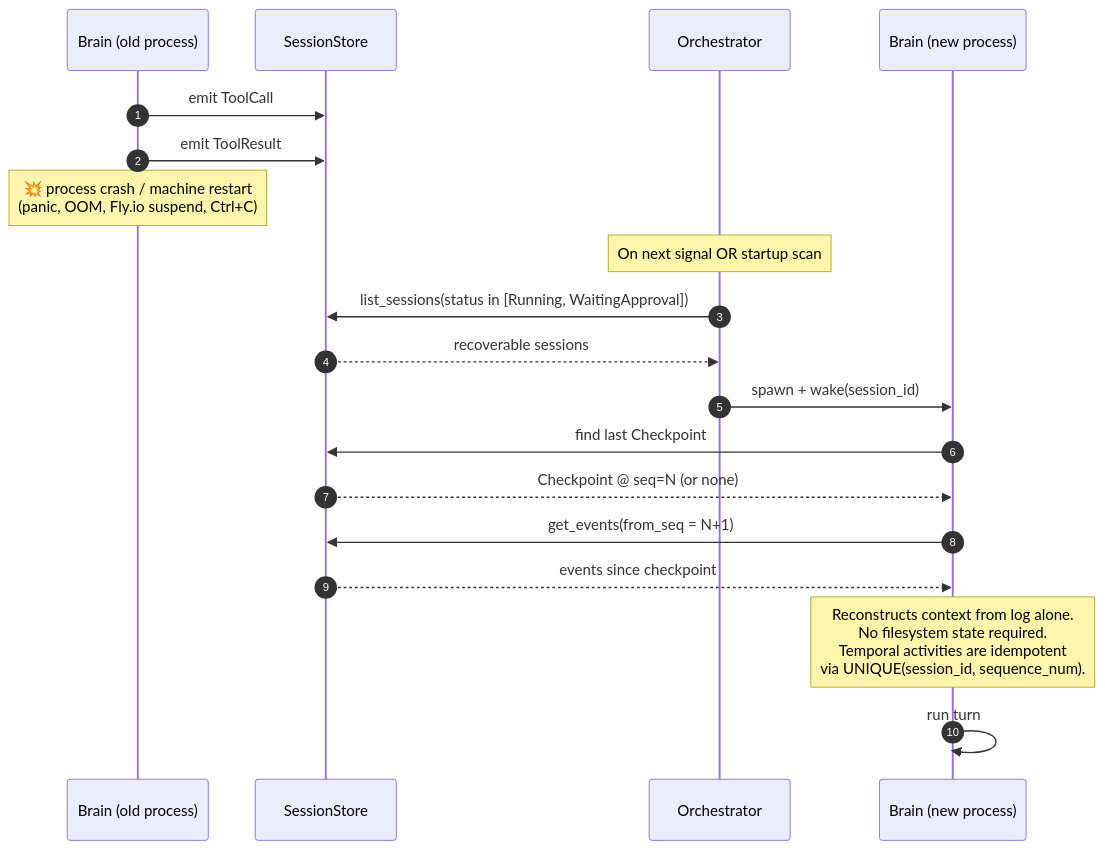
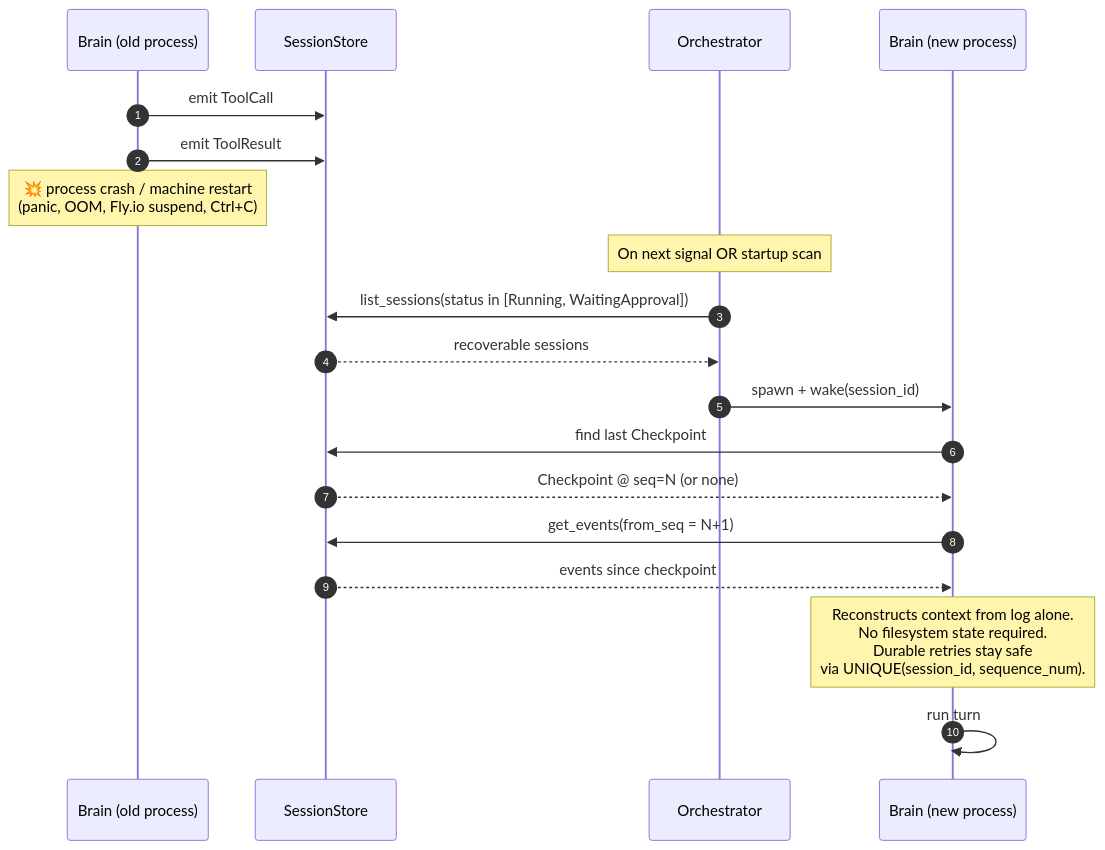
Before and after one commit to hwuiwon/moa: the eighth of 14 diagrams in sequence-diagrams.md, drawn with Mermaid. The commit also changed other lines of this file and 314 other files, not shown here.

````diff
--- a/sequence-diagrams.md
+++ b/sequence-diagrams.md
@@ -374,26 +374,26 @@
 ```mermaid
 sequenceDiagram
     autonumber
     participant OldBrain as Brain (old process)
     participant Log as SessionStore
     participant Orch as Orchestrator
     participant NewBrain as Brain (new process)
 
     OldBrain->>Log: emit ToolCall
     OldBrain->>Log: emit ToolResult
     Note over OldBrain: 💥 process crash / machine restart<br/>(panic, OOM, Fly.io suspend, Ctrl+C)
 
     Note over Orch: On next signal OR startup scan
     Orch->>Log: list_sessions(status in [Running, WaitingApproval])
     Log-->>Orch: recoverable sessions
 
     Orch->>NewBrain: spawn + wake(session_id)
     NewBrain->>Log: find last Checkpoint
     Log-->>NewBrain: Checkpoint @ seq=N (or none)
     NewBrain->>Log: get_events(from_seq = N+1)
     Log-->>NewBrain: events since checkpoint
 
-    Note over NewBrain: Reconstructs context from log alone.<br/>No filesystem state required.<br/>Temporal activities are idempotent<br/>via UNIQUE(session_id, sequence_num).
+    Note over NewBrain: Reconstructs context from log alone.<br/>No filesystem state required.<br/>Durable retries stay safe<br/>via UNIQUE(session_id, sequence_num).
 
     NewBrain->>NewBrain: run turn
 ```
````
